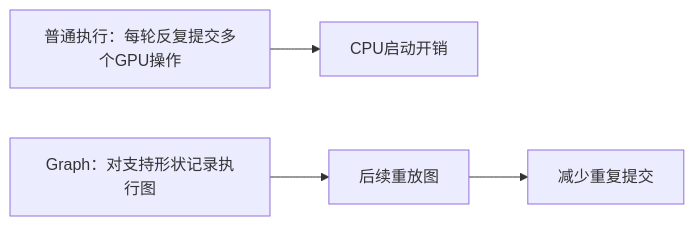
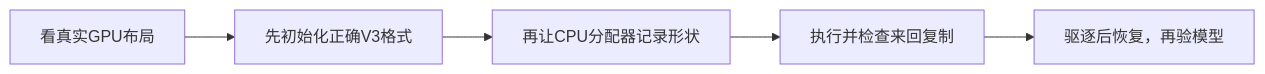
One commit to emprorsky/vllm_xxy changed diagram 32 of 34 in Documents_xxy/20261019最终面试向理解文档.md. Above: the diagram before and after it, drawn with Mermaid. The commit also changed other lines of this file and 9 other files, not shown here.

````diff
--- a/Documents_xxy/20261019最终面试向理解文档.md
+++ b/Documents_xxy/20261019最终面试向理解文档.md
@@ -1733,6 +1866,7 @@
 ```mermaid
 flowchart LR
-    A["普通执行：每轮反复提交多个GPU操作"] --> B["CPU启动开销"]
-    C["Graph：对支持形状记录执行图"] --> D["后续重放图"]
-    D --> E["减少重复提交"]
+    A["看真实GPU布局"] --> B["先初始化正确V3格式"]
+    B --> C["再让CPU分配器记录形状"]
+    C --> D["执行并检查来回复制"]
+    D --> E["驱逐后恢复，再验模型"]
 ```
````
